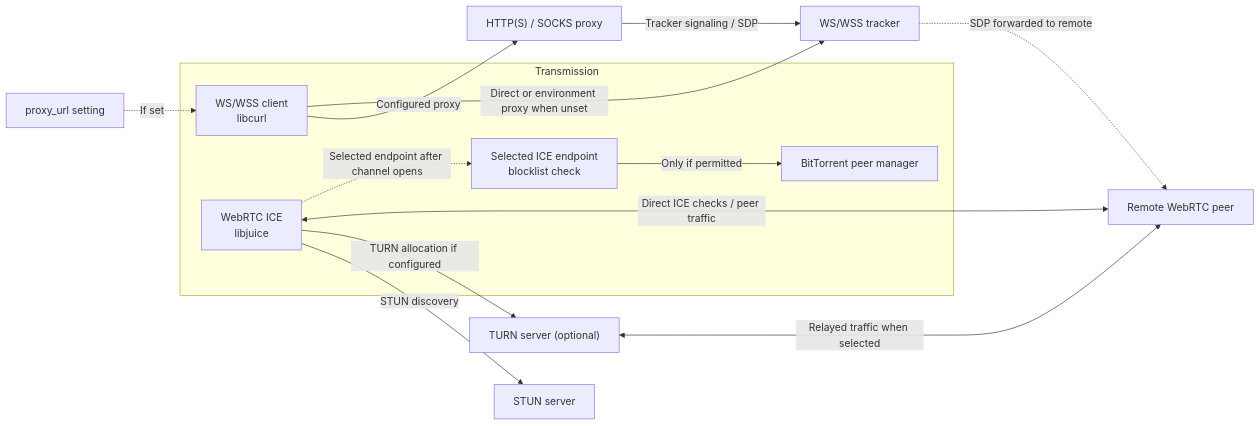
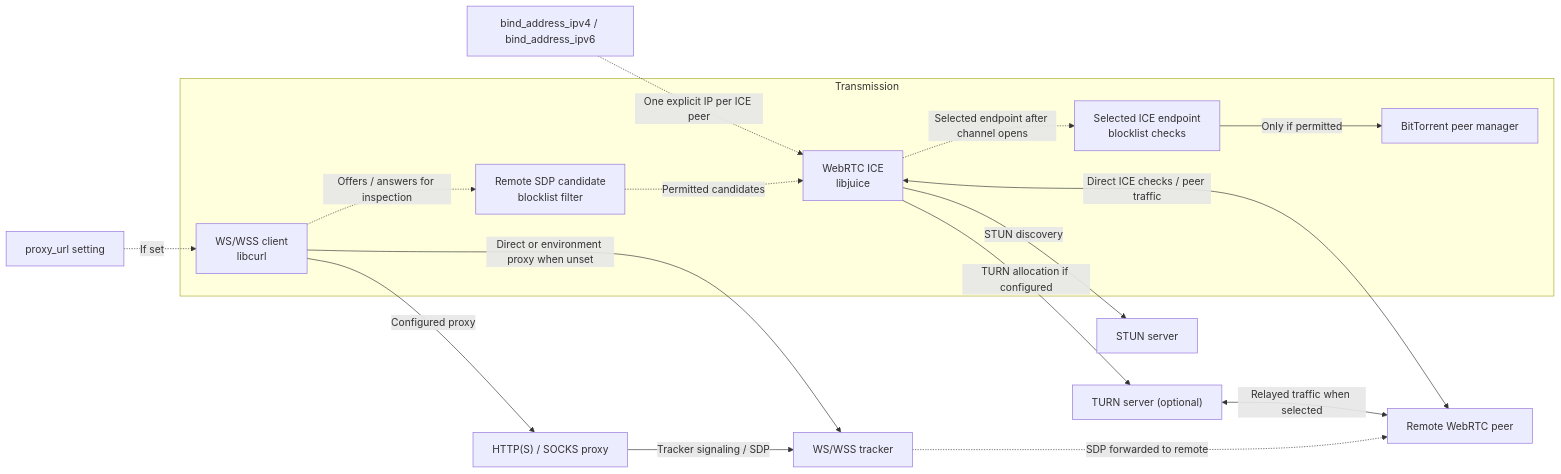
Before and after one commit to jasminsehic/transmission: the third of 3 diagrams in docs/Transmission-Architecture.md, drawn with Mermaid. The commit also changed other lines of this file and 3 other files, not shown here.

Commit message:
feat: honor ICE bind settings and prefilter blocked RTC candidates

````diff
--- a/docs/Transmission-Architecture.md
+++ b/docs/Transmission-Architecture.md
@@ -103,26 +106,31 @@
 ```mermaid
 flowchart LR
     Settings["proxy_url setting"]
+    Binding["bind_address_ipv4 / bind_address_ipv6"]
     subgraph Local["Transmission"]
         WS["WS/WSS client<br/>libcurl"]
         ICE["WebRTC ICE<br/>libjuice"]
-        Admission["Selected ICE endpoint<br/>blocklist check"]
+        Filter["Remote SDP candidate<br/>blocklist filter"]
+        Admission["Selected ICE endpoint<br/>blocklist checks"]
         Swarm["BitTorrent peer manager"]
     end
     Proxy["HTTP(S) / SOCKS proxy"]
     Tracker["WS/WSS tracker"]
     STUN["STUN server"]
     TURN["TURN server (optional)"]
     Remote["Remote WebRTC peer"]
     Settings -.->|"If set"| WS
+    Binding -.->|"One explicit IP per ICE peer"| ICE
     WS -->|"Configured proxy"| Proxy
     Proxy -->|"Tracker signaling / SDP"| Tracker
     WS -->|"Direct or environment proxy when unset"| Tracker
+    WS -.->|"Offers / answers for inspection"| Filter
+    Filter -.->|"Permitted candidates"| ICE
     ICE -->|"STUN discovery"| STUN
     ICE -->|"TURN allocation if configured"| TURN
     ICE <-->|"Direct ICE checks / peer traffic"| Remote
     TURN <-->|"Relayed traffic when selected"| Remote
     ICE -.->|"Selected endpoint after channel opens"| Admission
     Admission -->|"Only if permitted"| Swarm
     Tracker -.->|"SDP forwarded to remote"| Remote
 ```
````
